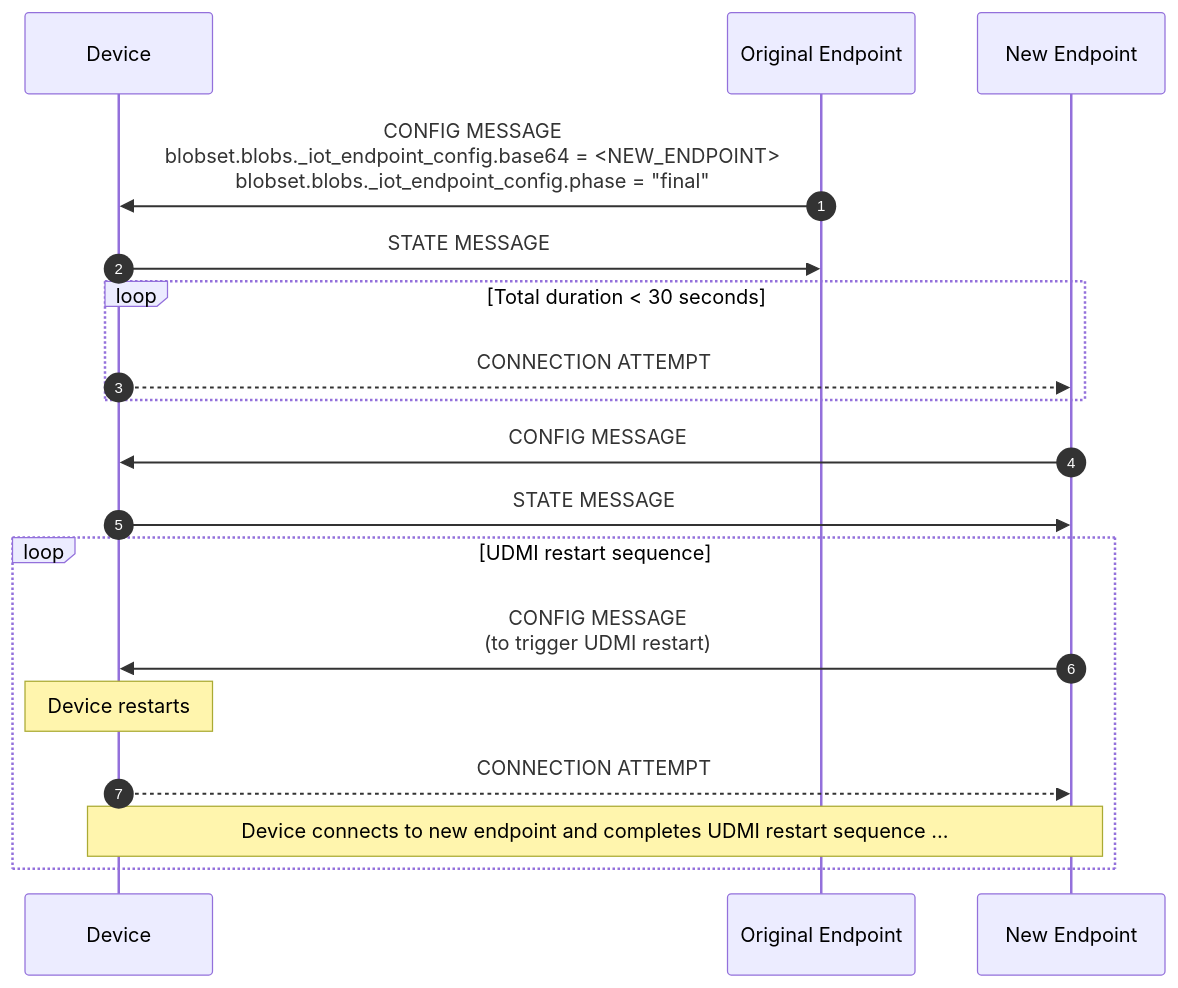
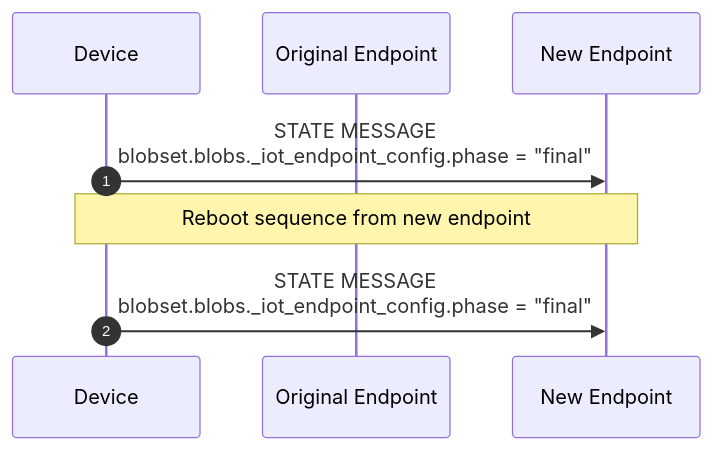
Before and after one commit to faucetsdn/udmi: the third of 3 diagrams in docs/specs/sequences/endpoint_reconfiguration.md, drawn with Mermaid.

Commit message:
revised diagram

````diff
--- a/docs/specs/sequences/endpoint_reconfiguration.md
+++ b/docs/specs/sequences/endpoint_reconfiguration.md
@@ -63,21 +63,11 @@
 ```mermaid
 %%{wrap}%%
 sequenceDiagram
     autonumber
     participant D as Device
     participant E as Original Endpoint
     participant E' as New Endpoint
-    E->>D:CONFIG MESSAGE<br/>blobset.blobs._iot_endpoint_config.base64 = <NEW_ENDPOINT><br/>blobset.blobs._iot_endpoint_config.phase = "final"
-    D->>E:STATE MESSAGE
-    loop Total duration < 30 seconds
-    D-->>E':CONNECTION ATTEMPT
-    end
-    E'->>D:CONFIG MESSAGE
-    D->>E':STATE MESSAGE
-    loop UDMI restart sequence
-    E'->>D:CONFIG MESSAGE<br/>(to trigger UDMI restart)
-    note over D: Device restarts
-    D-->>E':CONNECTION ATTEMPT
-    note over D,E': Device connects to new endpoint and completes UDMI restart sequence ...
-    end
+    D->>E':STATE MESSAGE<br/>blobset.blobs._iot_endpoint_config.phase = "final"
+    note over D,E': Reboot sequence from new endpoint
+    D->>E':STATE MESSAGE<br/>blobset.blobs._iot_endpoint_config.phase = "final"
 ```
````
